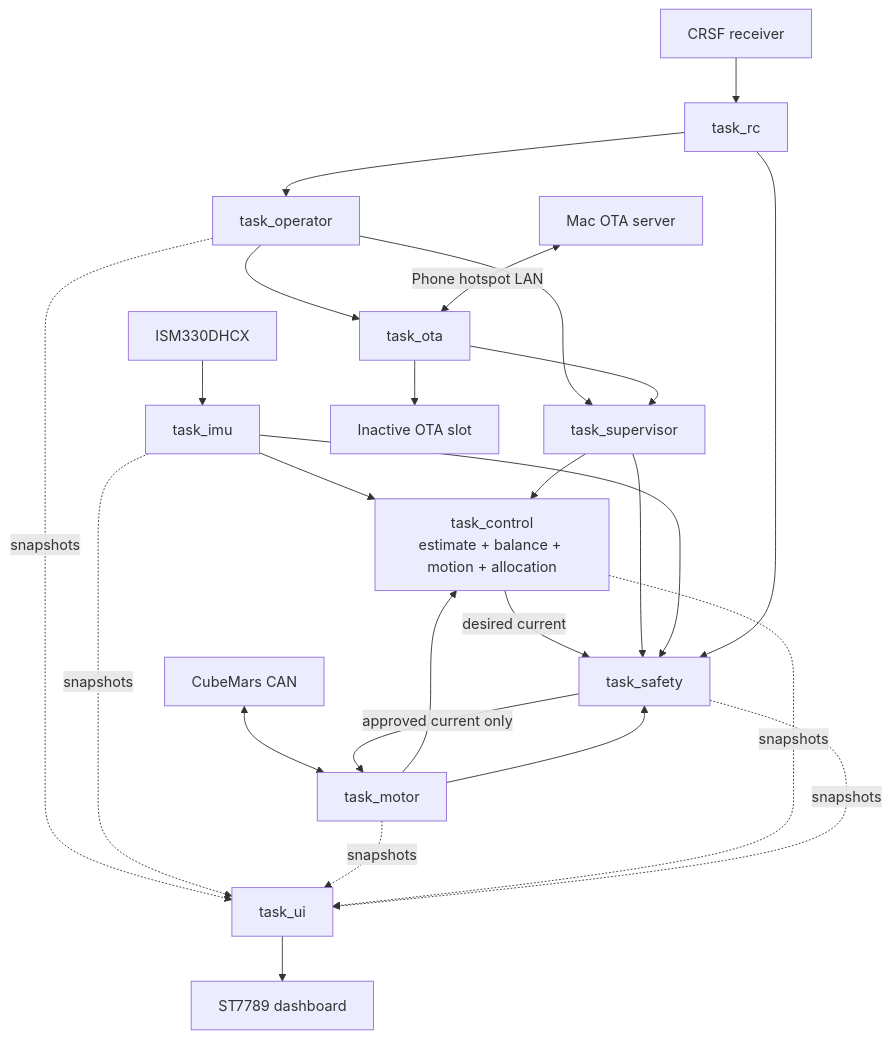
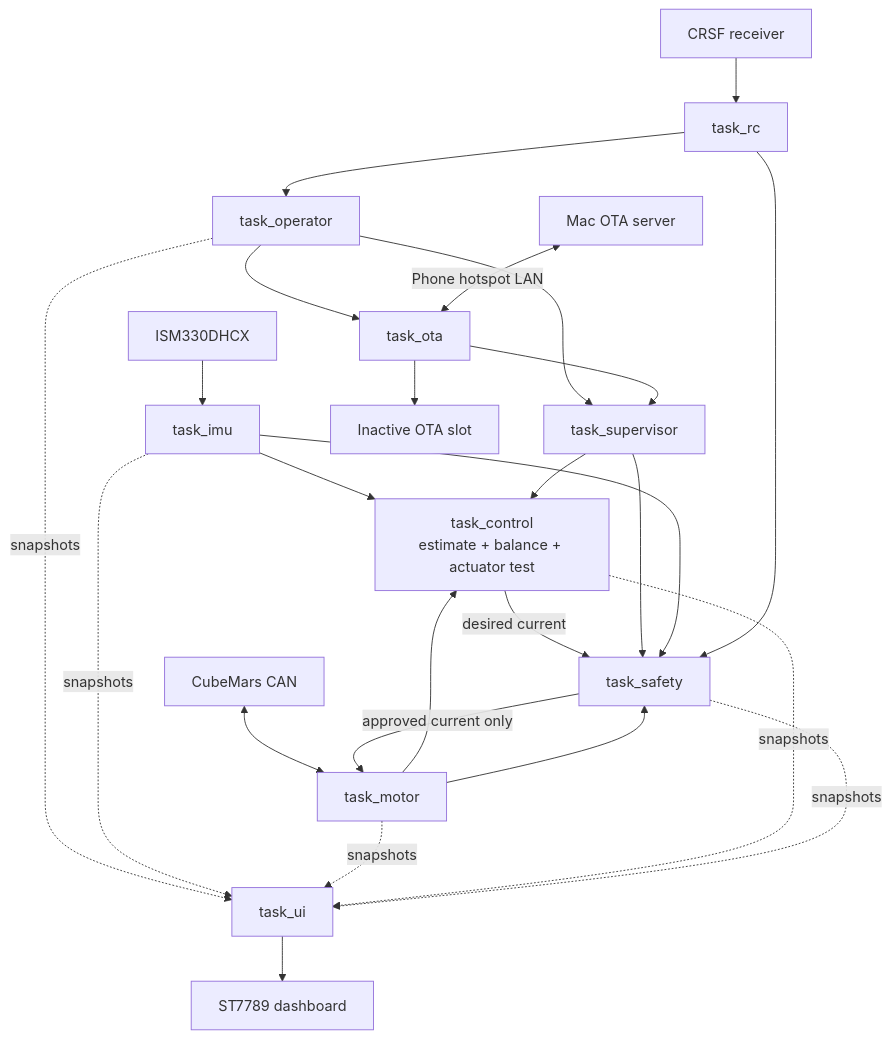
One commit to ahkar-kyaw/e_me599_Hermes changed the first of 2 diagrams in 04_firmware/README.md. Above: the diagram before and after it, drawn with Mermaid. The commit also changed other lines of this file and 22 other files, not shown here.

Commit message:
Actuator Test - standardized command

````diff
--- a/04_firmware/README.md
+++ b/04_firmware/README.md
@@ -9,30 +9,30 @@
 ```mermaid
 flowchart TD
     RC[CRSF receiver] --> TR[task_rc]
     TR --> TO[task_operator]
     TO --> TS[task_supervisor]
     TO --> OTA[task_ota]
 
     IMU[ISM330DHCX] --> TI[task_imu]
     CAN[CubeMars CAN] <--> TM[task_motor]
-    TI --> TC[task_control<br/>estimate + balance + motion + allocation]
+    TI --> TC[task_control<br/>estimate + balance + actuator test]
     TM --> TC
     TS --> TC
 
     TC -->|desired current| SAFE[task_safety]
     TS --> SAFE
     TI --> SAFE
     TR --> SAFE
     TM --> SAFE
     SAFE -->|approved current only| TM
     MAC[Mac OTA server] <-->|Phone hotspot LAN| OTA
     OTA --> FLASH[Inactive OTA slot]
     OTA --> TS
 
     TO -. snapshots .-> UI[task_ui]
     TI -. snapshots .-> UI
     TM -. snapshots .-> UI
     TC -. snapshots .-> UI
     SAFE -. snapshots .-> UI
     UI --> LCD[ST7789 dashboard]
 ```
````
